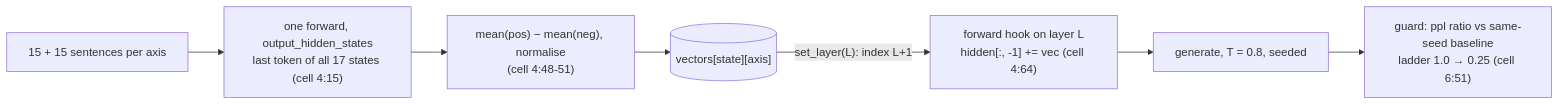
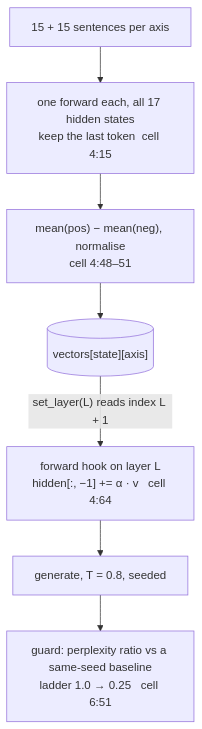
One commit to jayavardhan-g/projects-vault changed the third of 4 diagrams in Interview prep/Days/Day 11 - Photo-Seek II and emotion steering.md. Above: the diagram before and after it, drawn with Mermaid. The commit also changed other lines of this file and 12 other files, not shown here.

First line of the commit message:
projects: Days 2-14 "Code, explained": full-width top-to-bottom diagrams, a figure per section, and a step-by-step flow per day

````diff
--- a/Interview prep/Days/Day 11 - Photo-Seek II and emotion steering.md
+++ b/Interview prep/Days/Day 11 - Photo-Seek II and emotion steering.md
@@ -245,9 +271,9 @@
 ```mermaid
-flowchart LR
-  CAL["15 + 15 sentences per axis"] --> HS["one forward, output_hidden_states<br/>last token of all 17 states (cell 4:15)"]
-  HS --> DM["mean(pos) − mean(neg), normalise<br/>(cell 4:48-51)"]
+flowchart TB
+  CAL["15 + 15 sentences per axis"] --> HS["one forward each, all 17 hidden states<br/>keep the last token  cell 4:15"]
+  HS --> DM["mean(pos) − mean(neg), normalise<br/>cell 4:48–51"]
   DM --> VEC[("vectors[state][axis]")]
-  VEC -->|"set_layer(L): index L+1"| HK["forward hook on layer L<br/>hidden[:, -1] += vec (cell 4:64)"]
+  VEC -->|"set_layer(L) reads index L + 1"| HK["forward hook on layer L<br/>hidden[:, −1] += α · v   cell 4:64"]
   HK --> GEN["generate, T = 0.8, seeded"]
-  GEN --> GD["guard: ppl ratio vs same-seed baseline<br/>ladder 1.0 → 0.25 (cell 6:51)"]
+  GEN --> GD["guard: perplexity ratio vs a same-seed baseline<br/>ladder 1.0 → 0.25   cell 6:51"]
 ```
````
